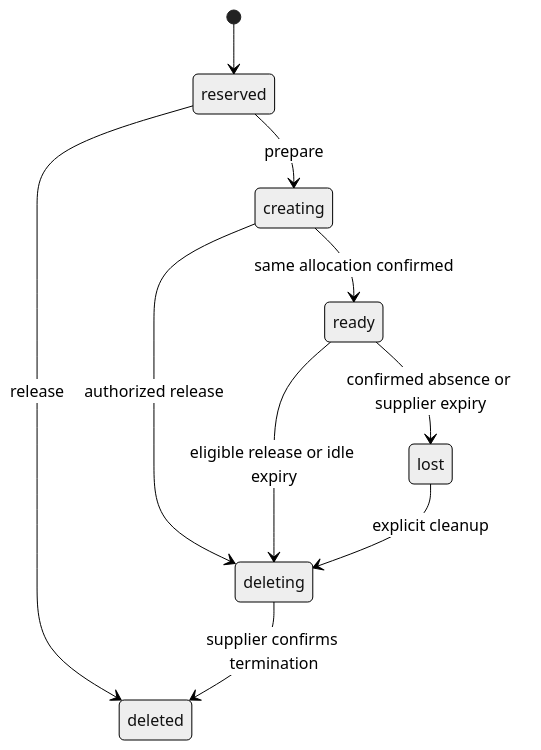
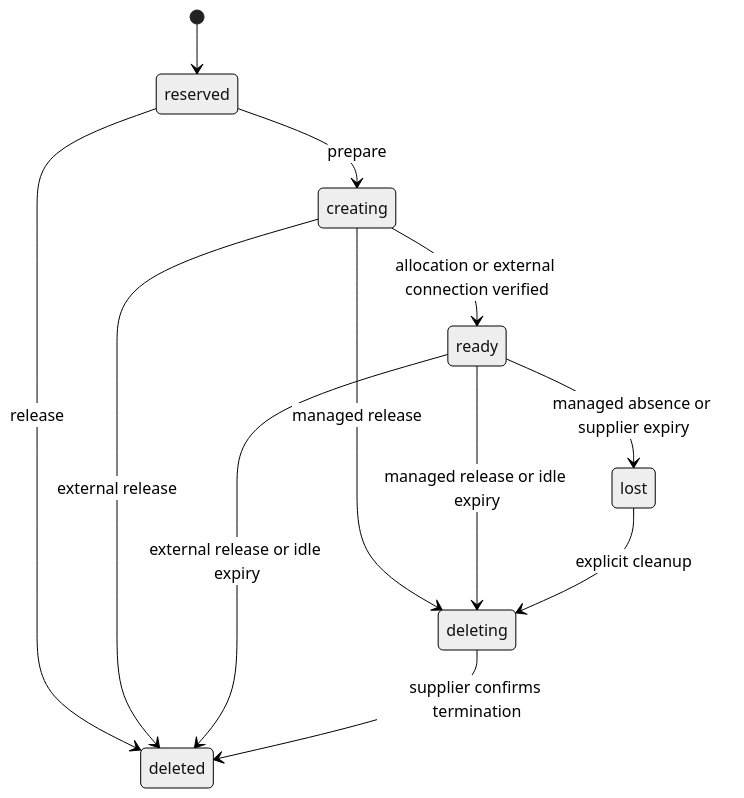
One commit to converge-ai-labs/agent-foundation changed the first of 2 diagrams in spec/a13n-service/14-browsers.md. Above: the diagram before and after it, drawn with Mermaid (neutral theme). The commit also changed other lines of this file and 33 other files, not shown here.

````diff
--- a/spec/a13n-service/14-browsers.md
+++ b/spec/a13n-service/14-browsers.md
@@ -29,12 +41,14 @@
 ```mermaid
 stateDiagram-v2
     [*] --> reserved
     reserved --> creating: prepare
-    creating --> ready: same allocation confirmed
+    creating --> ready: allocation or external connection verified
     reserved --> deleted: release
-    creating --> deleting: authorized release
-    ready --> deleting: eligible release or idle expiry
-    ready --> lost: confirmed absence or supplier expiry
+    creating --> deleting: managed release
+    ready --> deleting: managed release or idle expiry
+    creating --> deleted: external release
+    ready --> deleted: external release or idle expiry
+    ready --> lost: managed absence or supplier expiry
     lost --> deleting: explicit cleanup
     deleting --> deleted: supplier confirms termination
 ```
````
